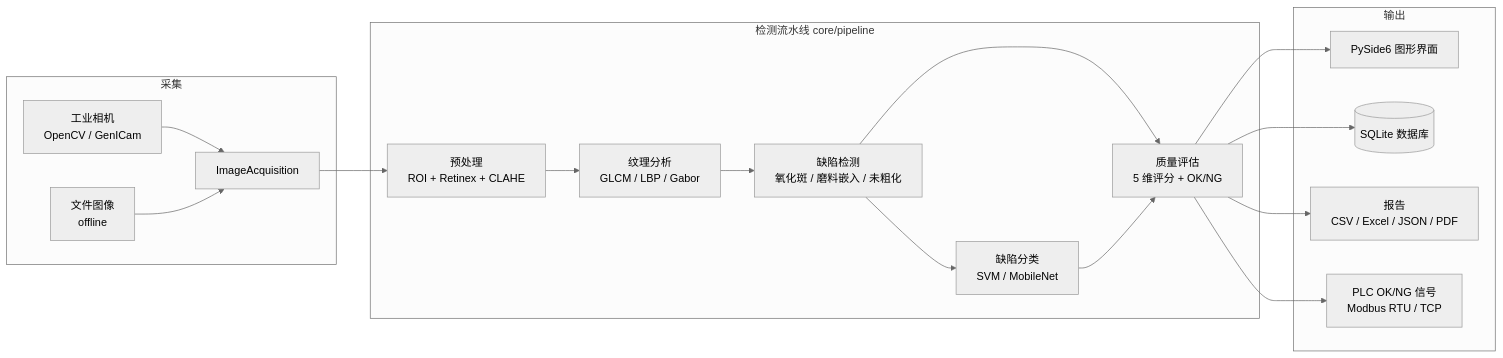
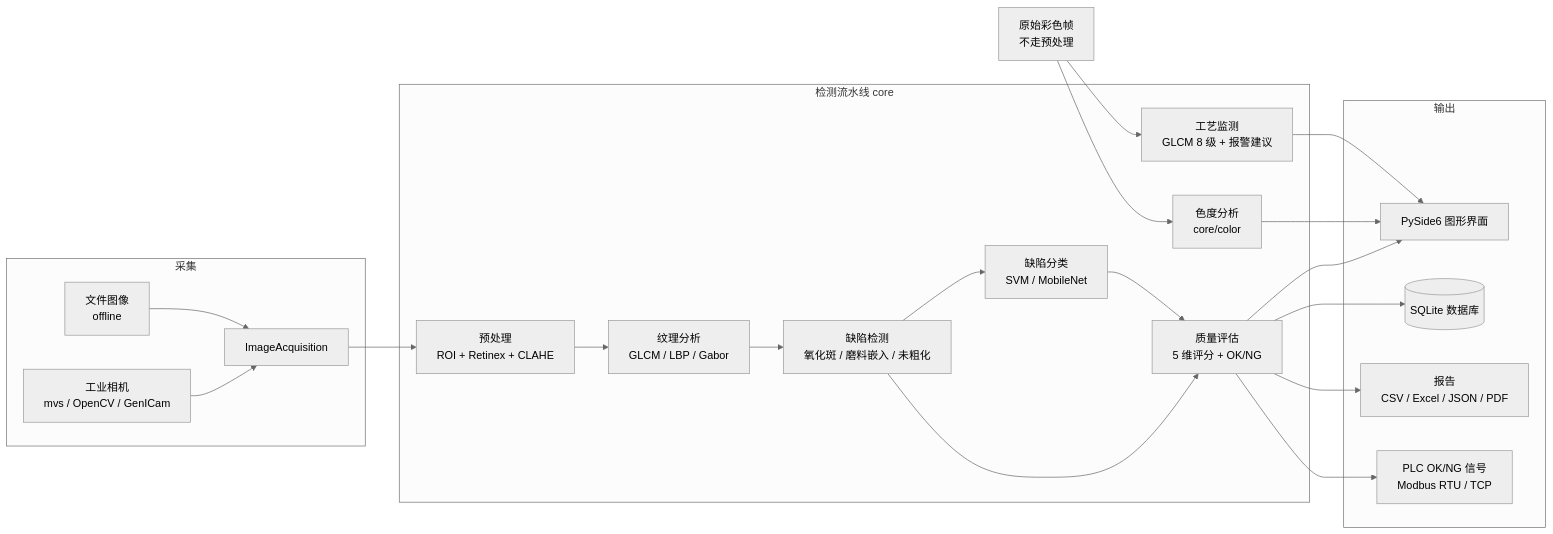
Before and after one commit to king001gg/PCB-B: the first of 2 diagrams in README.md, drawn with Mermaid (neutral theme). The commit also changed other lines of this file and 1 other file, not shown here.

````diff
--- a/README.md
+++ b/README.md
@@ -44,26 +49,32 @@
 ```mermaid
 flowchart LR
     subgraph 采集
-        CAM["工业相机<br/>OpenCV / GenICam"]
+        CAM["工业相机<br/>mvs / OpenCV / GenICam"]
         FILE["文件图像<br/>offline"]
         CAM --> AQ["ImageAcquisition"]
         FILE --> AQ
     end
 
-    subgraph core["检测流水线 core/pipeline"]
+    subgraph core["检测流水线 core"]
         PRE["预处理<br/>ROI + Retinex + CLAHE"] --> TEX["纹理分析<br/>GLCM / LBP / Gabor"]
         TEX --> DEF["缺陷检测<br/>氧化斑 / 磨料嵌入 / 未粗化"]
         DEF --> CLS["缺陷分类<br/>SVM / MobileNet"]
         DEF --> QA["质量评估<br/>5 维评分 + OK/NG"]
         CLS --> QA
+        COL["色度分析<br/>core/color"]
+        PM["工艺监测<br/>GLCM 8 级 + 报警建议"]
     end
 
     AQ --> PRE
+    RAW["原始彩色帧<br/>不走预处理"] --> COL
+    RAW --> PM
 
     subgraph 输出
         QA --> GUI["PySide6 图形界面"]
+        COL --> GUI
+        PM --> GUI
         QA --> DB[("SQLite 数据库")]
         QA --> REP["报告<br/>CSV / Excel / JSON / PDF"]
         QA --> PLC["PLC OK/NG 信号<br/>Modbus RTU / TCP"]
     end
 ```
````
